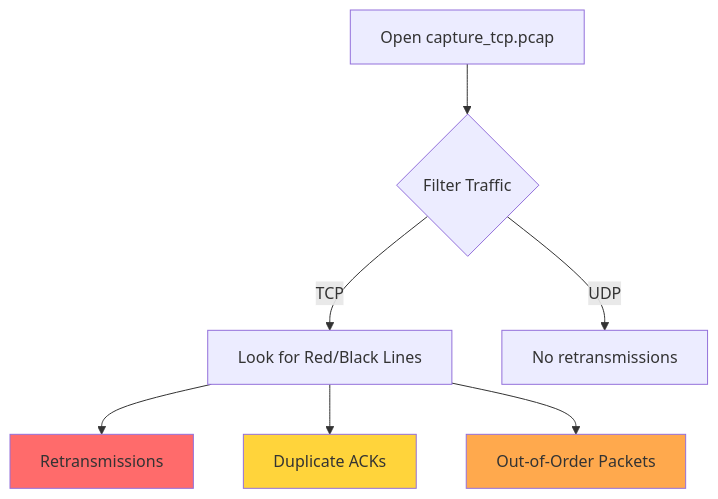
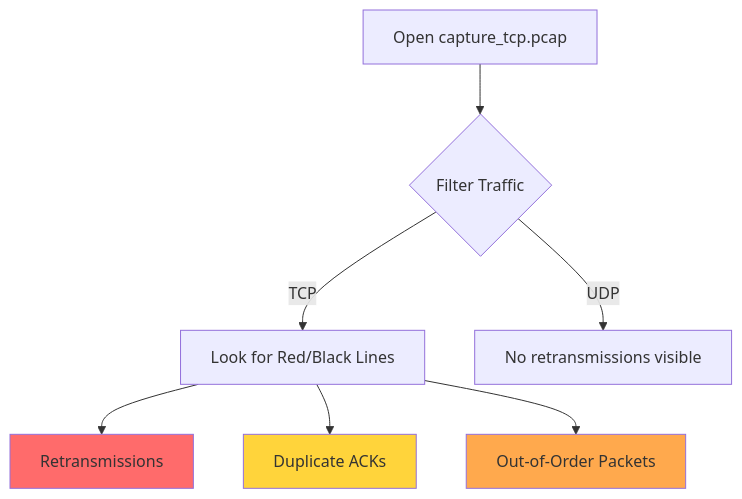
One commit to work8tech/networking-through-VMs changed the tenth of 11 diagrams in README.md. Above: the diagram before and after it, drawn with Mermaid. The commit also changed other lines of this file, not shown here.

````diff
--- a/README.md
+++ b/README.md
@@ -271,14 +344,14 @@
 ```mermaid
 graph TD
     A[Open capture_tcp.pcap] --> B{Filter Traffic}
     B -->|TCP| C[Look for Red/Black Lines]
-    B -->|UDP| D[No retransmissions]
+    B -->|UDP| D[No retransmissions visible]
     
     C --> E[Retransmissions]
     C --> F[Duplicate ACKs]
     C --> G[Out-of-Order Packets]
     
     style E fill:#ff6b6b
     style F fill:#ffd43b
     style G fill:#ffa94d
 ```
````
